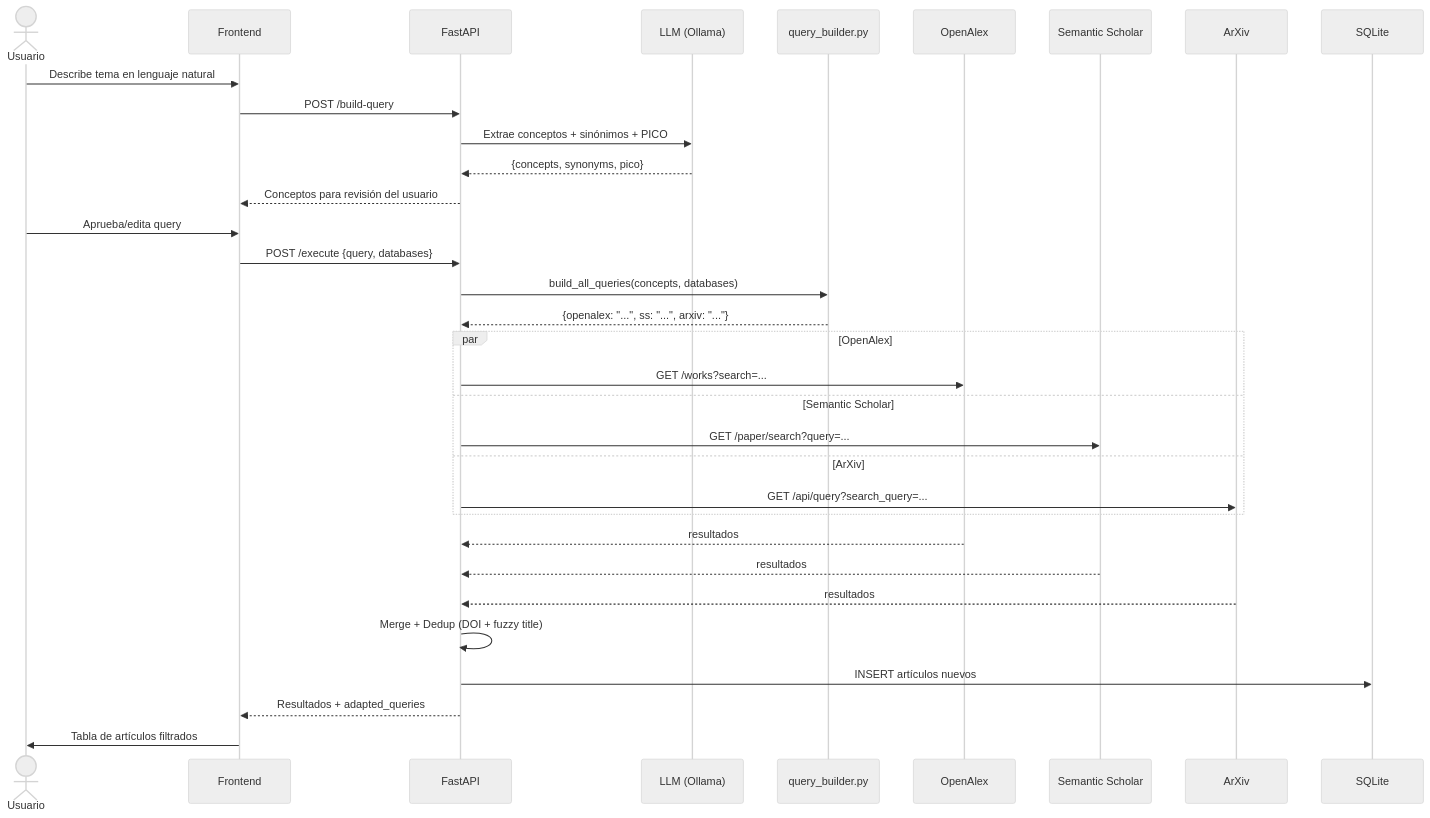
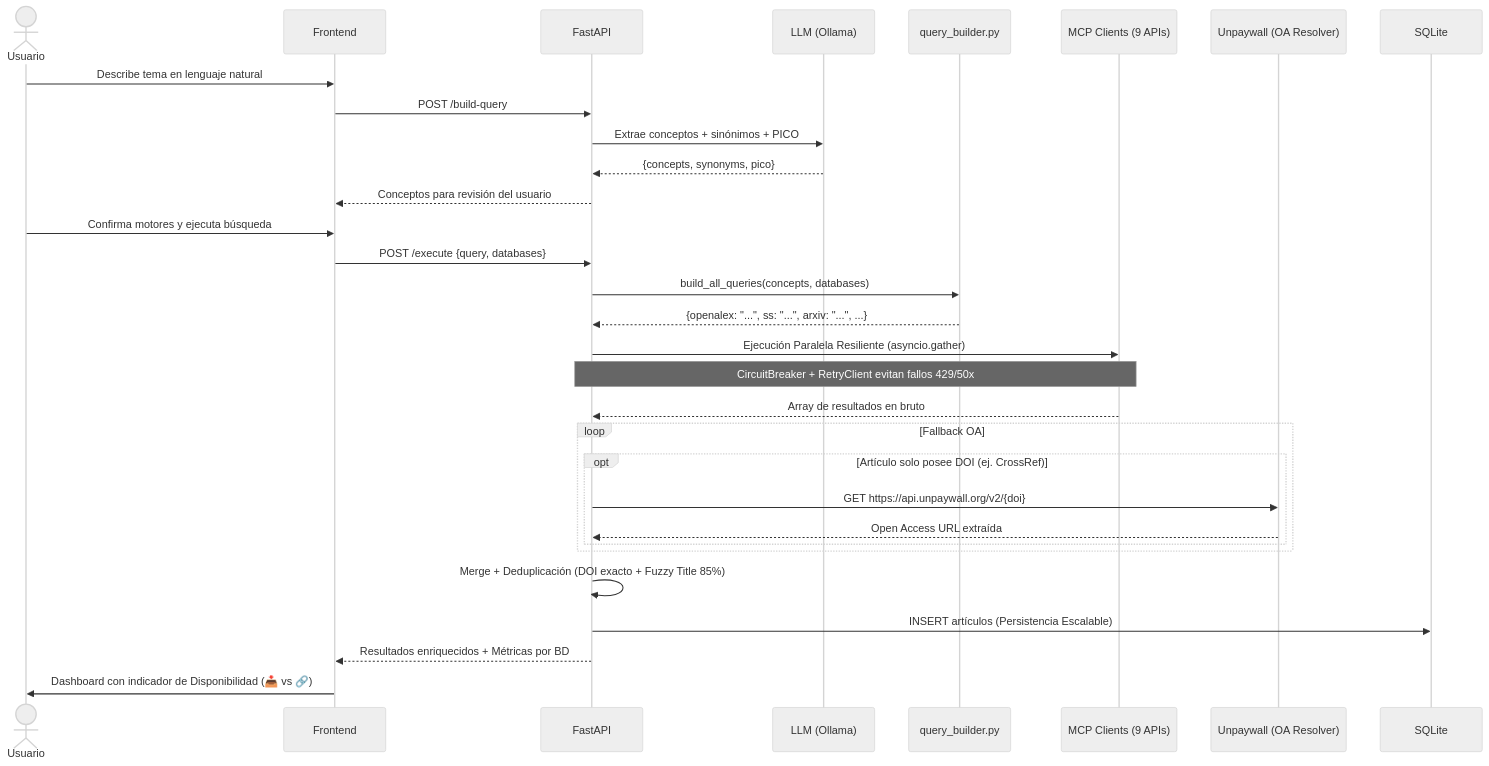
One commit to AlexPrietoRomani/AgriSearch changed the second of 6 diagrams in docs/documentation.md. Above: the diagram before and after it, drawn with Mermaid (neutral theme). The commit also changed other lines of this file and 4 other files, not shown here.

````diff
--- a/docs/documentation.md
+++ b/docs/documentation.md
@@ -88,36 +90,37 @@
 ```mermaid
 sequenceDiagram
     actor User as Usuario
     participant FE as Frontend
     participant API as FastAPI
     participant LLM as LLM (Ollama)
     participant QB as query_builder.py
-    participant OA as OpenAlex
-    participant SS as Semantic Scholar
-    participant AX as ArXiv
+    participant MCP as MCP Clients (9 APIs)
+    participant UNP as Unpaywall (OA Resolver)
     participant DB as SQLite
 
     User->>FE: Describe tema en lenguaje natural
     FE->>API: POST /build-query
     API->>LLM: Extrae conceptos + sinónimos + PICO
     LLM-->>API: {concepts, synonyms, pico}
     API-->>FE: Conceptos para revisión del usuario
-    User->>FE: Aprueba/edita query
+    User->>FE: Confirma motores y ejecuta búsqueda
     FE->>API: POST /execute {query, databases}
     API->>QB: build_all_queries(concepts, databases)
-    QB-->>API: {openalex: "...", ss: "...", arxiv: "..."}
-    par OpenAlex
-        API->>OA: GET /works?search=...
-    and Semantic Scholar
-        API->>SS: GET /paper/search?query=...
-    and ArXiv
-        API->>AX: GET /api/query?search_query=...
+    QB-->>API: {openalex: "...", ss: "...", arxiv: "...", ...}
+    
+    API->>MCP: Ejecución Paralela Resiliente (asyncio.gather)
+    Note over API,MCP: CircuitBreaker + RetryClient evitan fallos 429/50x
+    MCP-->>API: Array de resultados en bruto
+    
+    loop Fallback OA
+        opt Artículo solo posee DOI (ej. CrossRef)
+            API->>UNP: GET https://api.unpaywall.org/v2/{doi}
+            UNP-->>API: Open Access URL extraída
+        end
     end
-    OA-->>API: resultados
-    SS-->>API: resultados
-    AX-->>API: resultados
-    API->>API: Merge + Dedup (DOI + fuzzy title)
-    API->>DB: INSERT artículos nuevos
-    API-->>FE: Resultados + adapted_queries
-    FE->>User: Tabla de artículos filtrados
+    
+    API->>API: Merge + Deduplicación (DOI exacto + Fuzzy Title 85%)
+    API->>DB: INSERT artículos (Persistencia Escalable)
+    API-->>FE: Resultados enriquecidos + Métricas por BD
+    FE->>User: Dashboard con indicador de Disponibilidad (📥 vs 🔗)
 ```
````
